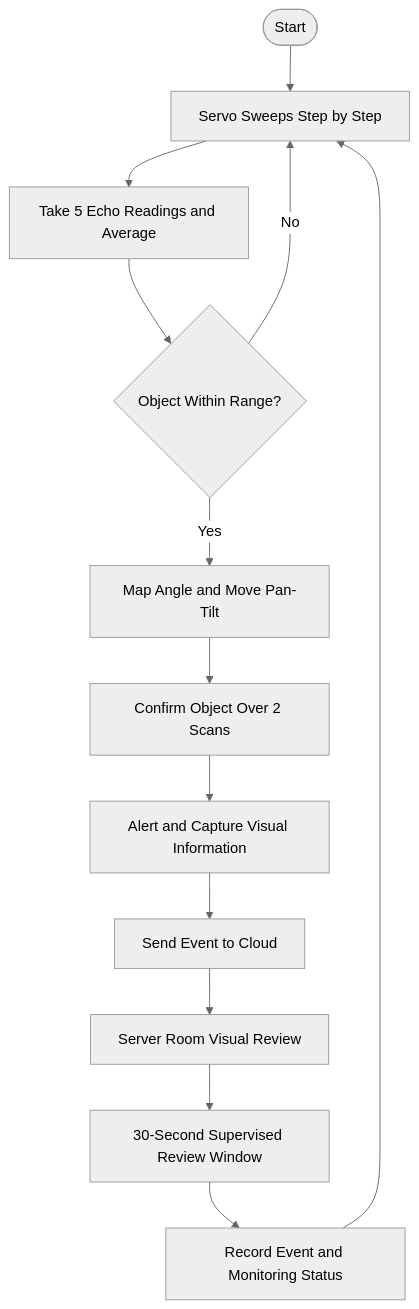
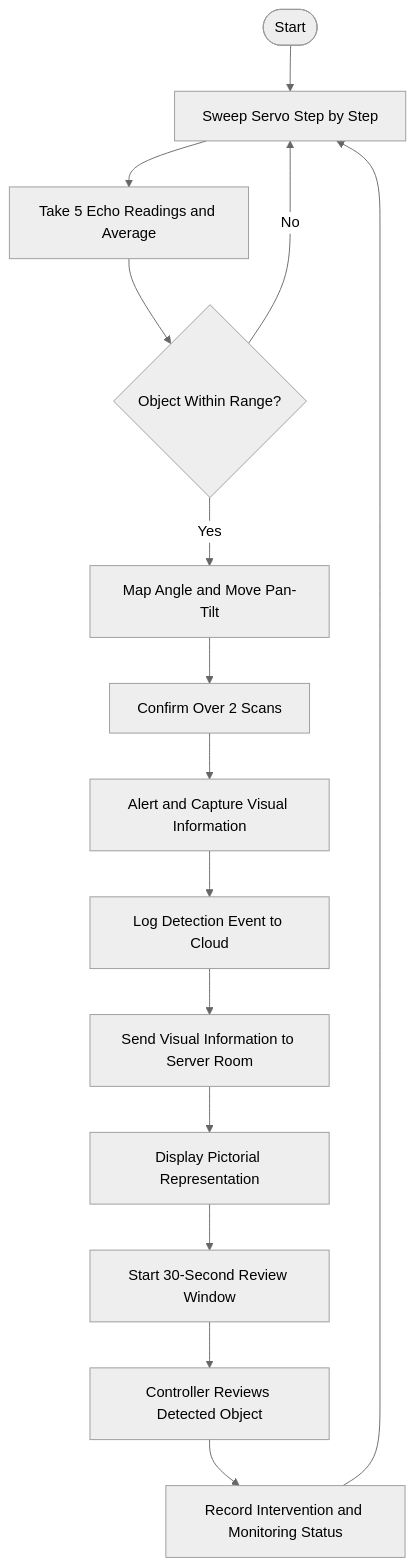
One commit to Naganurdeepa/iot-radar-surveillance-system changed the second of 2 diagrams in README.md. Above: the diagram before and after it, drawn with Mermaid (neutral theme). The commit also changed other lines of this file, not shown here.

````diff
--- a/README.md
+++ b/README.md
@@ -63,15 +75,17 @@
 ```mermaid
 flowchart TD
-    A([Start]) --> B[Servo Sweeps Step by Step]
+    A([Start]) --> B[Sweep Servo Step by Step]
     B --> C[Take 5 Echo Readings and Average]
     C --> D{Object Within Range?}
     D -->|No| B
     D -->|Yes| E[Map Angle and Move Pan-Tilt]
-    E --> F[Confirm Object Over 2 Scans]
+    E --> F[Confirm Over 2 Scans]
     F --> G[Alert and Capture Visual Information]
-    G --> H[Send Event to Cloud]
-    H --> I[Server Room Visual Review]
-    I --> J[30-Second Supervised Review Window]
-    J --> K[Record Event and Monitoring Status]
-    K --> B
+    G --> H[Log Detection Event to Cloud]
+    H --> I[Send Visual Information to Server Room]
+    I --> J[Display Pictorial Representation]
+    J --> K[Start 30-Second Review Window]
+    K --> L[Controller Reviews Detected Object]
+    L --> M[Record Intervention and Monitoring Status]
+    M --> B
 ```
````
